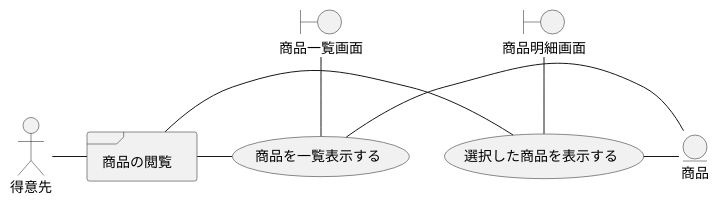
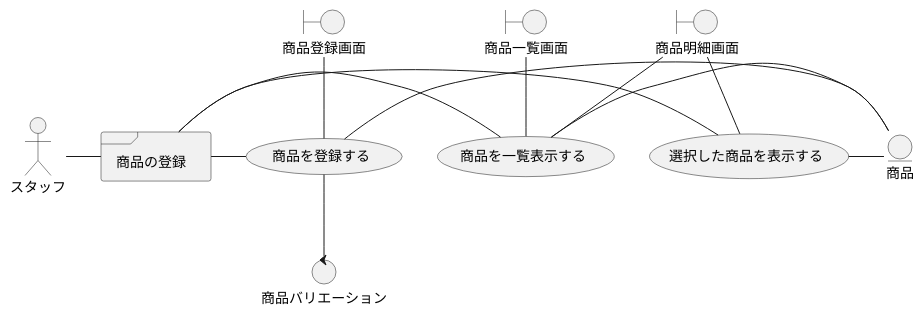
One commit to k2works/application_programing_excercise_2022 changed diagram 20 of 32 in docs/index.adoc. Above: the diagram before and after it, drawn with PlantUML. The commit also changed other lines of this file, not shown here.

Commit message:
docs: ユースケース複合図

```diff
--- a/docs/index.adoc
+++ b/docs/index.adoc
@@ -696,19 +674,28 @@
 [plantuml]
 ----
 @startuml
-actor "得意先" as ac_01
-frame "商品の閲覧" as f01
-usecase "商品を一覧表示する" as UC1
-usecase "選択した商品を表示する" as UC2
+actor "スタッフ" as ac_01
+frame "商品の登録" as f01
+usecase "商品を登録する" as UC1
+usecase "商品を一覧表示する" as UC2
+usecase "選択した商品を表示する" as UC3
 boundary "商品一覧画面" as b01
 boundary "商品明細画面" as b02
+boundary "商品登録画面" as b03
 entity "商品" as e01
+control "商品バリエーション" as c01
 
 ac_01 - f01
 f01 - UC1
 f01 - UC2
-b01 -- UC1
+f01 - UC3
+b01 -- UC2
 b02 -- UC2
+b02 -- UC3
+b03 -- UC1
 UC1 - e01
 UC2 - e01
+UC3 - e01
+UC1 -- c01
+@enduml
 ----
```
